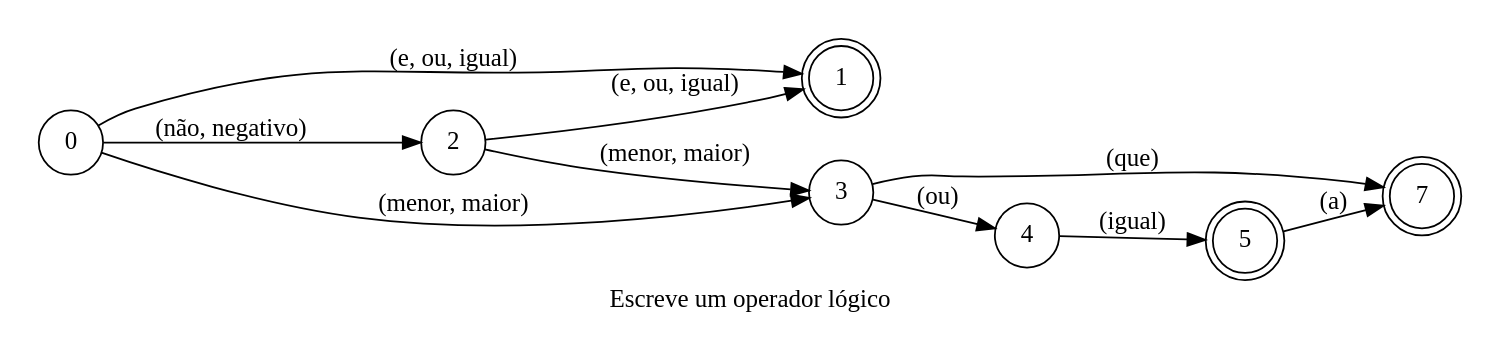
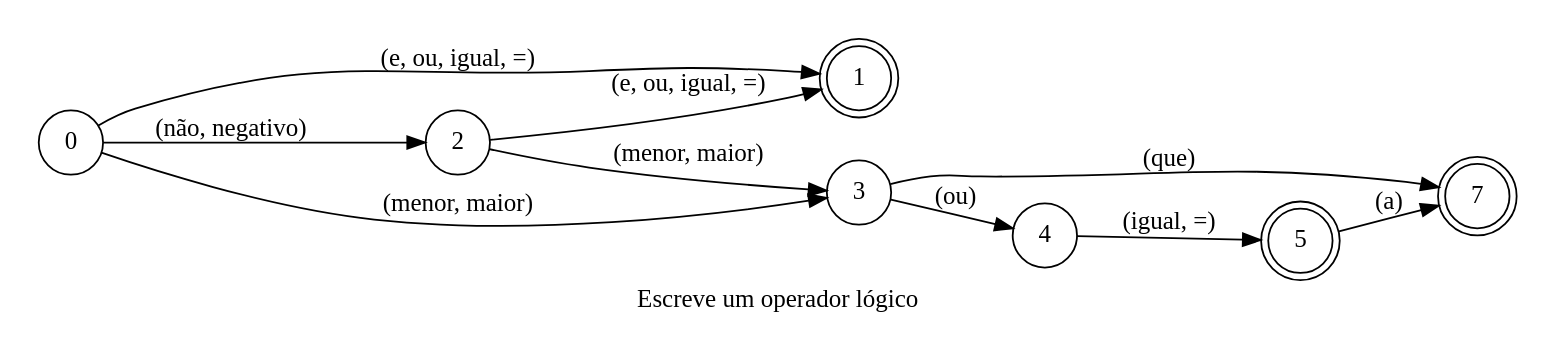
Before and after one commit to pedrooaugusto/speech-to-code: the diagram in spoken/src/modules/typescript/logical_operator/phrase_pt-BR.dot, drawn with Graphviz. The commit also changed 19 other files, not shown here.

```diff
--- a/spoken/src/modules/typescript/logical_operator/phrase_pt-BR.dot
+++ b/spoken/src/modules/typescript/logical_operator/phrase_pt-BR.dot
@@ -1,22 +1,22 @@
 digraph LogicalOperator {
     id="logical_operator";
     label="Escreve um operador lógico";
     lang="pt-BR";
     langName="Português";
     pad="0.2";
     rankdir=LR;
     alias="true";
     node[shape=doublecircle]; 1 7 5;
     node[shape=circle];
 
-    {0 2} -> 1 [label="(e, ou, igual)", store=logicalOperator];
+    {0 2} -> 1 [label="(e, ou, igual, =)", store=logicalOperator];
     0 -> 2 [label="(não, negativo)", store=isNegative, normalizer=boolean];
     {0 2} -> 3 [label="(menor, maior)", store=inequalityOperator, disableSpellcheck=true];
     3 -> 4 [label="(ou)"];
-    4 -> 5 [label="(igual)", store=orEqual, normalizer=boolean];
+    4 -> 5 [label="(igual, =)", store=orEqual, normalizer=boolean];
     3 -> 7 [label="(que)"];
     5 -> 7 [label="(a)"];
 
     title="Escreve um operador lógico";
     desc="Escreve um operador lógico (===, !==, &&, ||, >, <, >=, <=) pensando para ser usado com expressões";
 }
```
